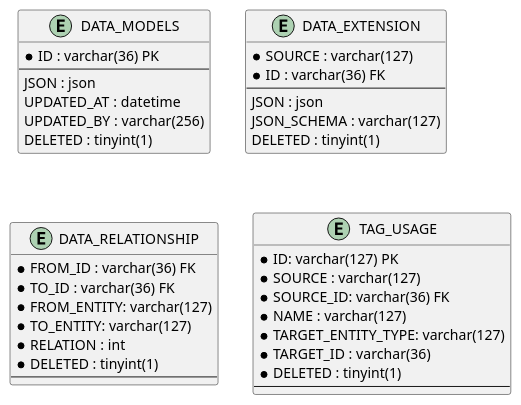
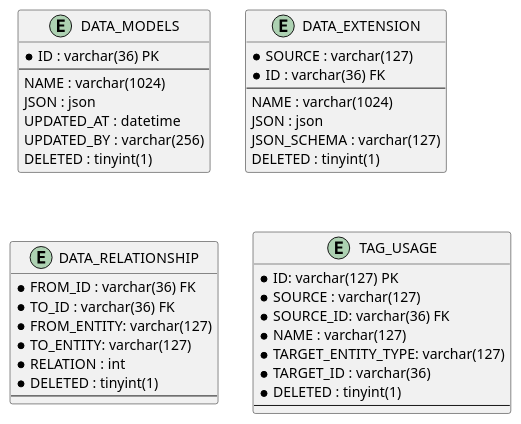
Before and after one commit to DataFabricTech/DataFabricPlatform: the sixth of 6 diagrams in docs/arch/metadata_server/virtualization-data.md, drawn with PlantUML. The commit also changed other lines of this file and 22 other files, not shown here.

````diff
--- a/docs/arch/metadata_server/virtualization-data.md
+++ b/docs/arch/metadata_server/virtualization-data.md
@@ -864,43 +630,45 @@
 ```plantuml
 @startuml
 
 entity "DATA_MODELS" as datamodel {
    *ID : varchar(36) PK
    ---
+   NAME : varchar(1024)
    JSON : json
    UPDATED_AT : datetime
    UPDATED_BY : varchar(256)
    DELETED : tinyint(1)
 }
 
 entity "DATA_EXTENSION" as extension {
    *SOURCE : varchar(127)
    *ID : varchar(36) FK
    ---
+   NAME : varchar(1024)
    JSON : json
    JSON_SCHEMA : varchar(127)
    DELETED : tinyint(1)
 }
 
 entity "DATA_RELATIONSHIP" as relationship {
    *FROM_ID : varchar(36) FK
    *TO_ID : varchar(36) FK
    *FROM_ENTITY: varchar(127)
    *TO_ENTITY: varchar(127)
    *RELATION : int
    *DELETED : tinyint(1)
    ---
 }
 
 entity "TAG_USAGE" as tag_usage {
    *ID: varchar(127) PK
    *SOURCE : varchar(127)
    *SOURCE_ID: varchar(36) FK
    *NAME : varchar(127)
    *TARGET_ENTITY_TYPE: varchar(127)
    *TARGET_ID : varchar(36)
    *DELETED : tinyint(1)
    ---
 }
 @enduml
 ```
````
